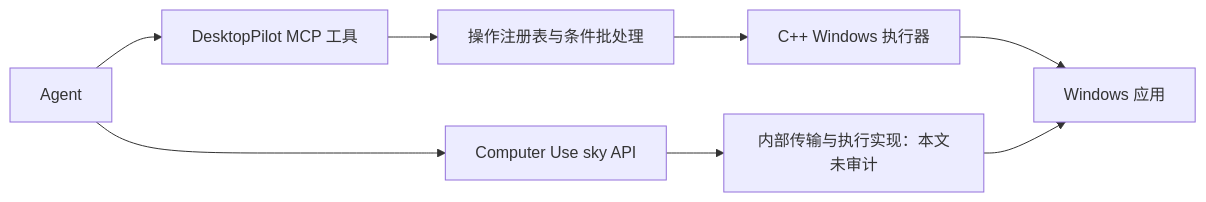
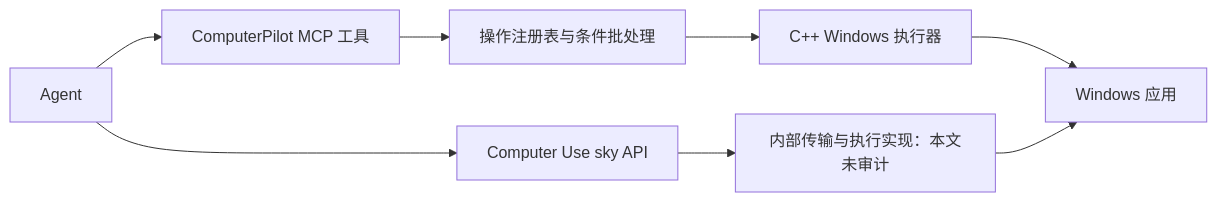
Before and after one commit to ClarkWain/ComputerPilot: the diagram in docs/COMPUTER-USE-PROTOCOL-COMPARISON.md, drawn with Mermaid. The commit also changed other lines of this file and 90 other files, not shown here.

Commit message:
feat: launch ComputerPilot with preserved history and dual-platform releases

````diff
--- a/docs/COMPUTER-USE-PROTOCOL-COMPARISON.md
+++ b/docs/COMPUTER-USE-PROTOCOL-COMPARISON.md
@@ -32,10 +32,10 @@
 ```mermaid
 flowchart LR
-  A[Agent] --> D[DesktopPilot MCP 工具]
+  A[Agent] --> D[ComputerPilot MCP 工具]
   D --> R[操作注册表与条件批处理]
   R --> N[C++ Windows 执行器]
   A --> S[Computer Use sky API]
   S --> U[内部传输与执行实现：本文未审计]
   N --> W[Windows 应用]
   U --> W
 ```
````
